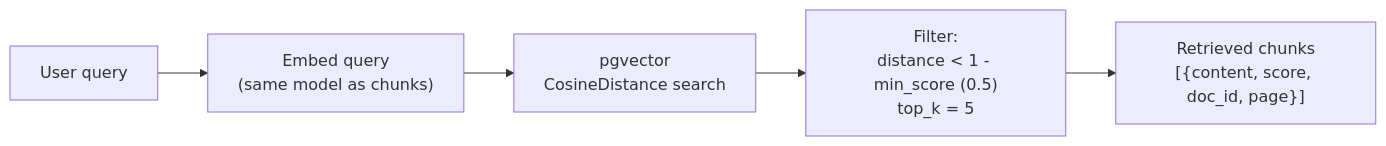
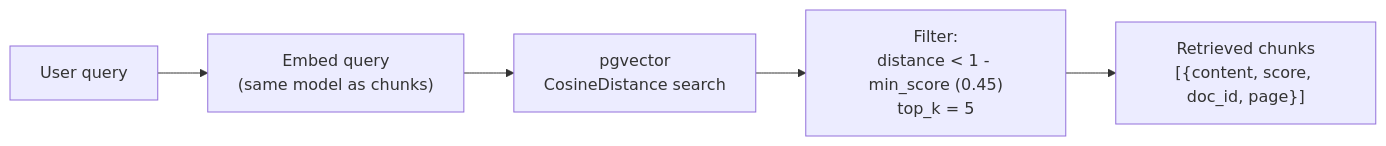
One commit to kusalsaraf/AskDocs changed the first of 2 diagrams in backend/docs/chat-and-rag.md. Above: the diagram before and after it, drawn with Mermaid. The commit also changed other lines of this file and 22 other files, not shown here.

````diff
--- a/backend/docs/chat-and-rag.md
+++ b/backend/docs/chat-and-rag.md
@@ -7,7 +7,7 @@
 ```mermaid
 graph LR
     Q["User query"] --> E["Embed query\n(same model as chunks)"]
     E --> V["pgvector\nCosineDistance search"]
-    V --> F["Filter:\ndistance < 1 - min_score (0.5)\ntop_k = 5"]
+    V --> F["Filter:\ndistance < 1 - min_score (0.45)\ntop_k = 5"]
     F --> C["Retrieved chunks\n[{content, score, doc_id, page}]"]
 ```
````
